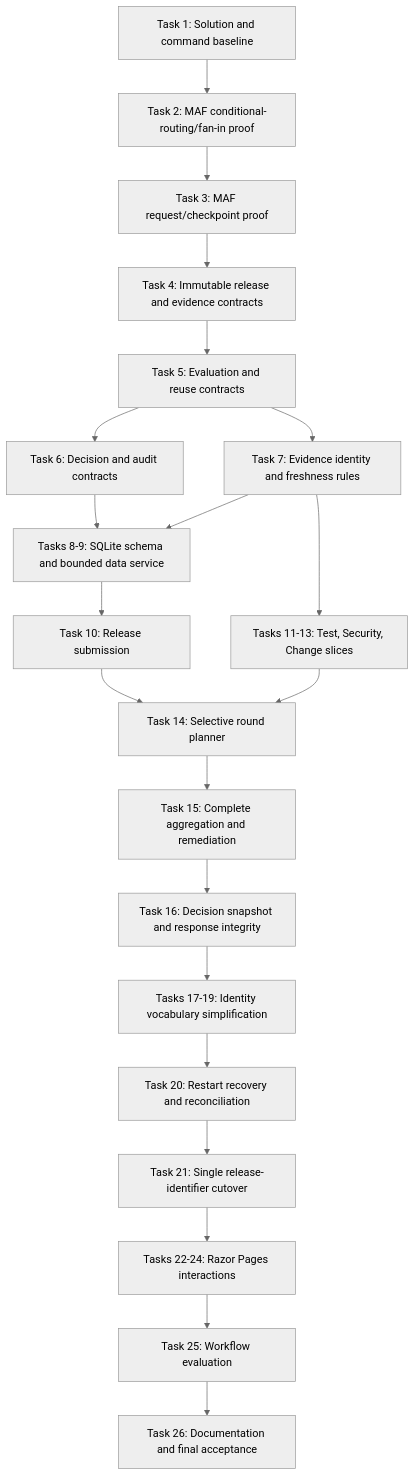
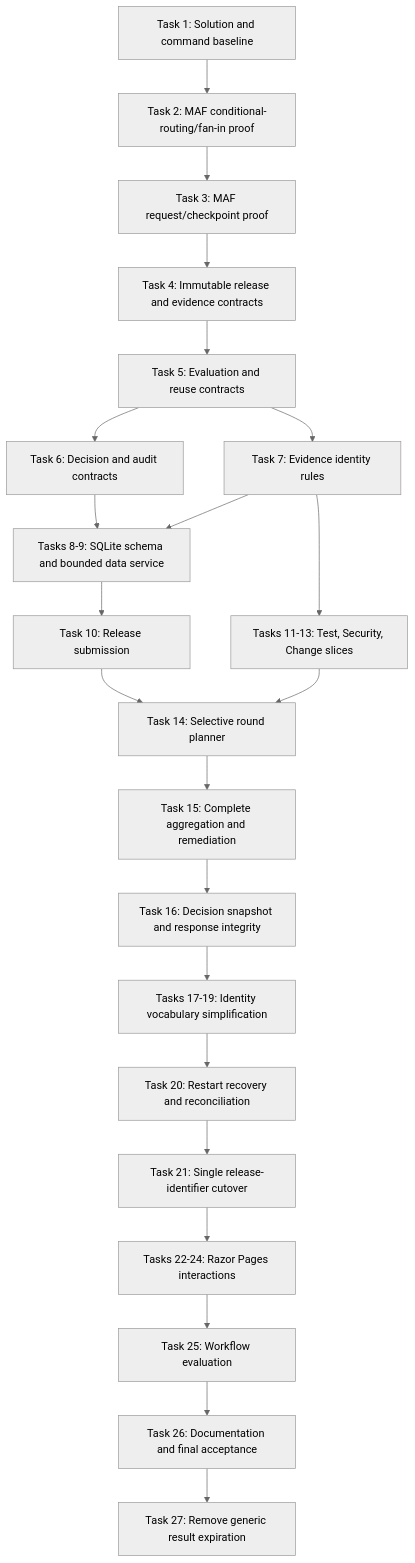
Before and after one commit to mariusz-kacz/release-readiness-coordinator: the diagram in tasks/plan.md, drawn with Mermaid (neutral theme). The commit also changed other lines of this file and 49 other files, not shown here.

Commit message:
Remove evidence expiration date

````diff
--- a/tasks/plan.md
+++ b/tasks/plan.md
@@ -44,23 +45,24 @@
 ```mermaid
 flowchart TD
     T1[Task 1: Solution and command baseline] --> T2[Task 2: MAF conditional-routing/fan-in proof]
     T2 --> T3[Task 3: MAF request/checkpoint proof]
     T3 --> T4[Task 4: Immutable release and evidence contracts]
     T4 --> T5[Task 5: Evaluation and reuse contracts]
     T5 --> T6[Task 6: Decision and audit contracts]
-    T5 --> T7[Task 7: Evidence identity and freshness rules]
+    T5 --> T7[Task 7: Evidence identity rules]
     T6 --> T8_9[Tasks 8-9: SQLite schema and bounded data service]
     T7 --> T8_9
     T8_9 --> T10[Task 10: Release submission]
     T7 --> T11_13[Tasks 11-13: Test, Security, Change slices]
     T10 --> T14[Task 14: Selective round planner]
     T11_13 --> T14
     T14 --> T15[Task 15: Complete aggregation and remediation]
     T15 --> T16[Task 16: Decision snapshot and response integrity]
     T16 --> T17_19[Tasks 17-19: Identity vocabulary simplification]
     T17_19 --> T20[Task 20: Restart recovery and reconciliation]
     T20 --> T21[Task 21: Single release-identifier cutover]
     T21 --> T22_24[Tasks 22-24: Razor Pages interactions]
     T22_24 --> T25[Task 25: Workflow evaluation]
     T25 --> T26[Task 26: Documentation and final acceptance]
+    T26 --> T27[Task 27: Remove generic result expiration]
 ```
````
